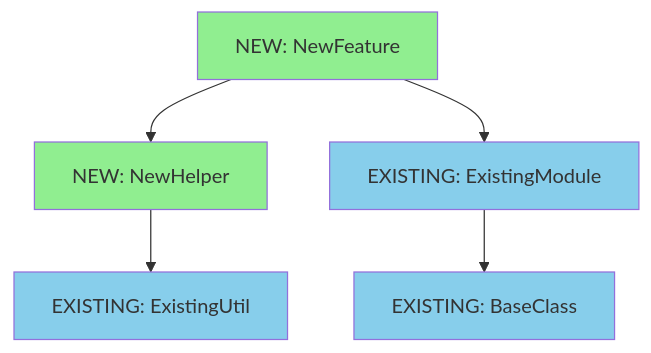
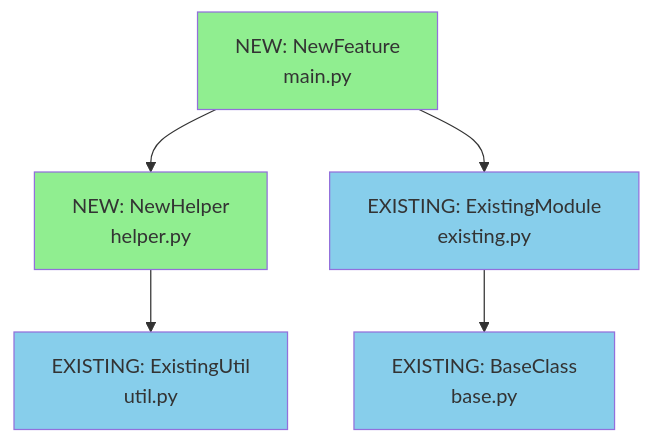
Before and after one commit to mplemay/belgie: the fourth of 4 diagrams in design/000-design-template.md, drawn with Mermaid. The commit also changed other lines of this file and 1 other file, not shown here.

````diff
--- a/design/000-design-template.md
+++ b/design/000-design-template.md
@@ -62,19 +91,19 @@
 ```mermaid
 graph TD
-    NewFeature[NEW: NewFeature]
-    NewHelper[NEW: NewHelper]
-    ExistingModule[EXISTING: ExistingModule]
-    ExistingUtil[EXISTING: ExistingUtil]
-    ExistingBase[EXISTING: BaseClass]
+    NewFeature[NEW: NewFeature<br/>main.py]
+    NewHelper[NEW: NewHelper<br/>helper.py]
+    ExistingModule[EXISTING: ExistingModule<br/>existing.py]
+    ExistingUtil[EXISTING: ExistingUtil<br/>util.py]
+    ExistingBase[EXISTING: BaseClass<br/>base.py]
 
     NewFeature --> NewHelper
     NewFeature --> ExistingModule
     NewHelper --> ExistingUtil
     ExistingModule --> ExistingBase
 
     style NewFeature fill:#90EE90
     style NewHelper fill:#90EE90
     style ExistingModule fill:#87CEEB
     style ExistingUtil fill:#87CEEB
     style ExistingBase fill:#87CEEB
 ```
````
